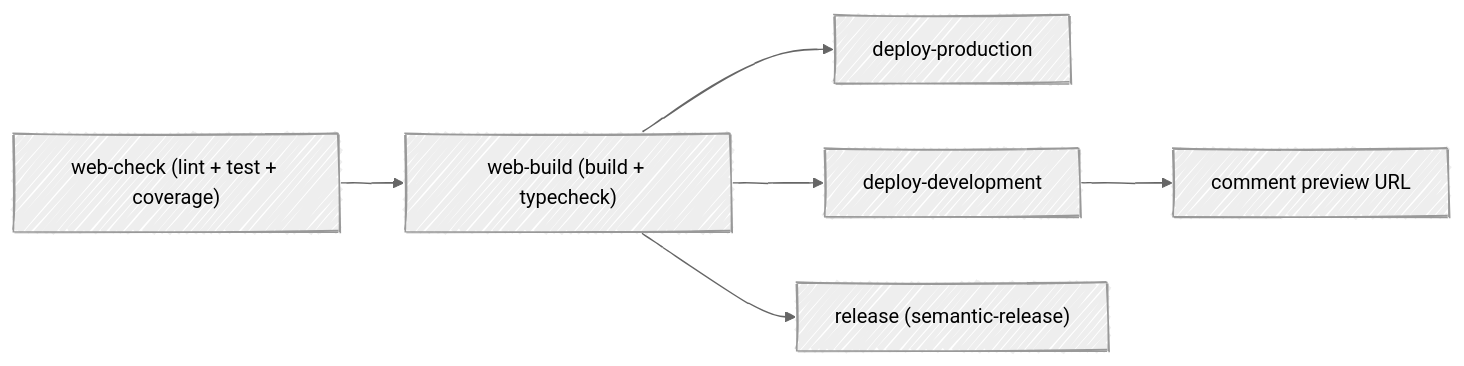
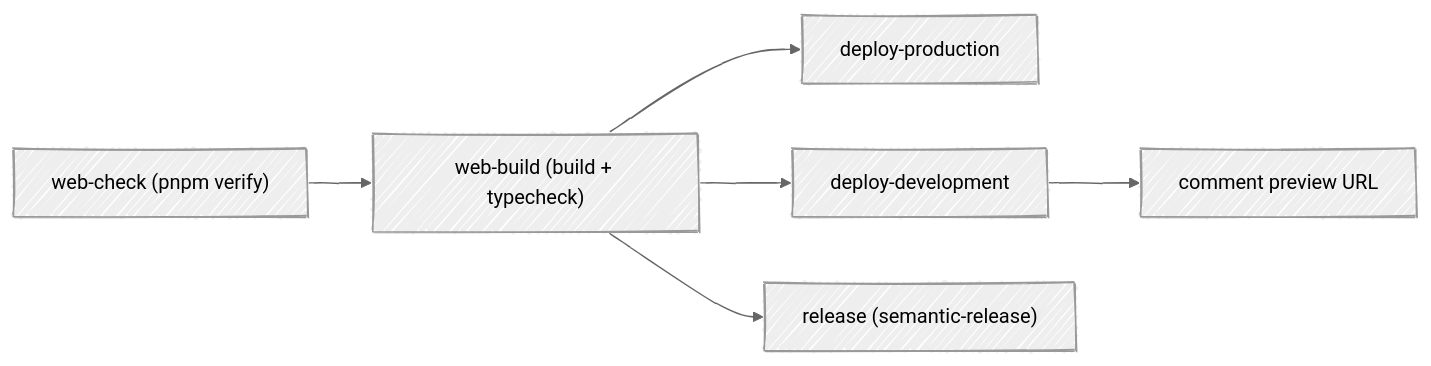
One commit to fbuireu/contribKit changed the first of 3 diagrams in docs/wiki/CI-CD.md. Above: the diagram before and after it, drawn with Mermaid. The commit also changed other lines of this file and 16 other files, not shown here.

````diff
--- a/docs/wiki/CI-CD.md
+++ b/docs/wiki/CI-CD.md
@@ -34,13 +32,13 @@
 ```mermaid
 ---
 config:
   look: handDrawn
   theme: neutral
 ---
 flowchart LR
-  check["web-check (lint + test + coverage)"] --> build["web-build (build + typecheck)"]
+  check["web-check (pnpm verify)"] --> build["web-build (build + typecheck)"]
   build --> prod["deploy-production"]
   build --> dev["deploy-development"]
   build --> rel["release (semantic-release)"]
   dev --> comment["comment preview URL"]
 ```
````
